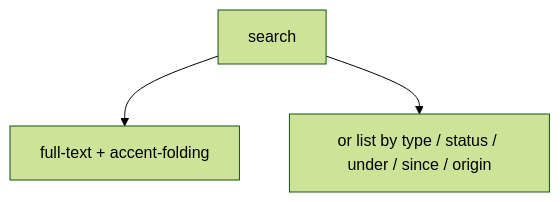
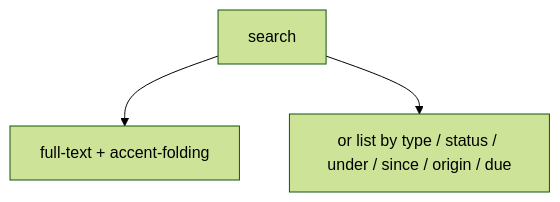
One commit to dgraziosi/foundation changed the seventh of 10 diagrams in docs/ARCHITECTURE.md. Above: the diagram before and after it, drawn with Mermaid (forest theme). The commit also changed other lines of this file and 19 other files, not shown here.

First line of the commit message:
feat: optional data.due on task/goal and search due filters

````diff
--- a/docs/ARCHITECTURE.md
+++ b/docs/ARCHITECTURE.md
@@ -168,6 +171,6 @@
 ```mermaid
 flowchart TB
   search_box["search"]
   search_box --> fts["full-text + accent-folding"]
-  search_box --> list_or_filter["or list by type / status / under / since / origin"]
+  search_box --> list_or_filter["or list by type / status / under / since / origin / due"]
 ```
````
